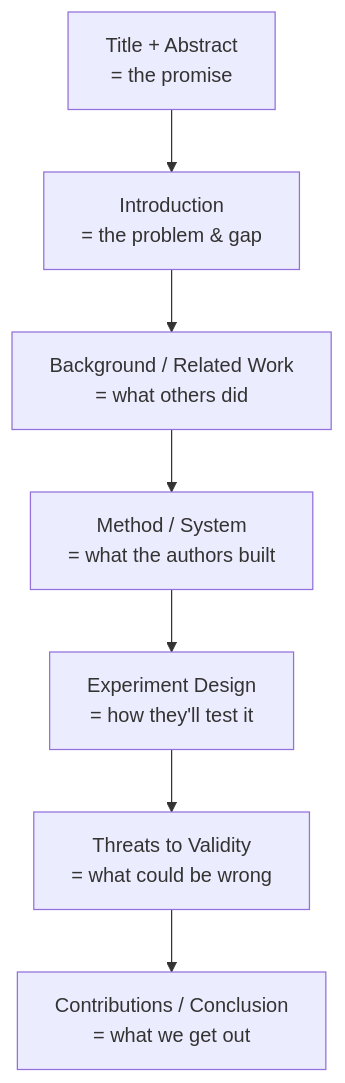
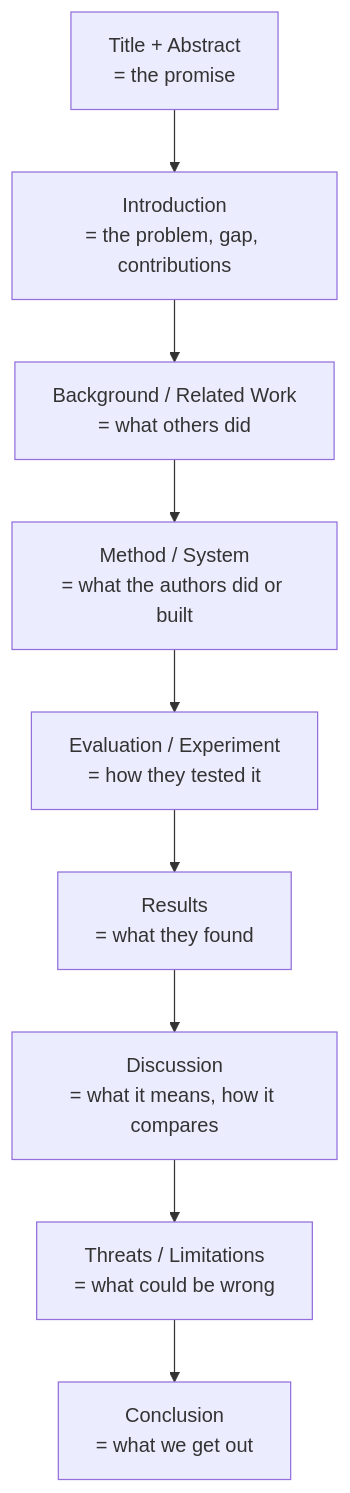
Before and after one commit to oat431/oralita_md: the first of 5 diagrams in personal/note/how-to-read-a-research-paper.md, drawn with Mermaid. The commit also changed other lines of this file and 5 other files, not shown here.

````diff
--- a/personal/note/how-to-read-a-research-paper.md
+++ b/personal/note/how-to-read-a-research-paper.md
@@ -36,9 +79,11 @@
 ```mermaid
 flowchart TD
-    A["Title + Abstract<br/>= the promise"] --> B["Introduction<br/>= the problem & gap"]
+    A["Title + Abstract<br/>= the promise"] --> B["Introduction<br/>= the problem, gap, contributions"]
     B --> C["Background / Related Work<br/>= what others did"]
-    C --> D["Method / System<br/>= what the authors built"]
-    D --> E["Experiment Design<br/>= how they'll test it"]
-    E --> F["Threats to Validity<br/>= what could be wrong"]
-    F --> G["Contributions / Conclusion<br/>= what we get out"]
+    C --> D["Method / System<br/>= what the authors did or built"]
+    D --> E["Evaluation / Experiment<br/>= how they tested it"]
+    E --> F["Results<br/>= what they found"]
+    F --> G["Discussion<br/>= what it means, how it compares"]
+    G --> H["Threats / Limitations<br/>= what could be wrong"]
+    H --> I["Conclusion<br/>= what we get out"]
 ```
````
